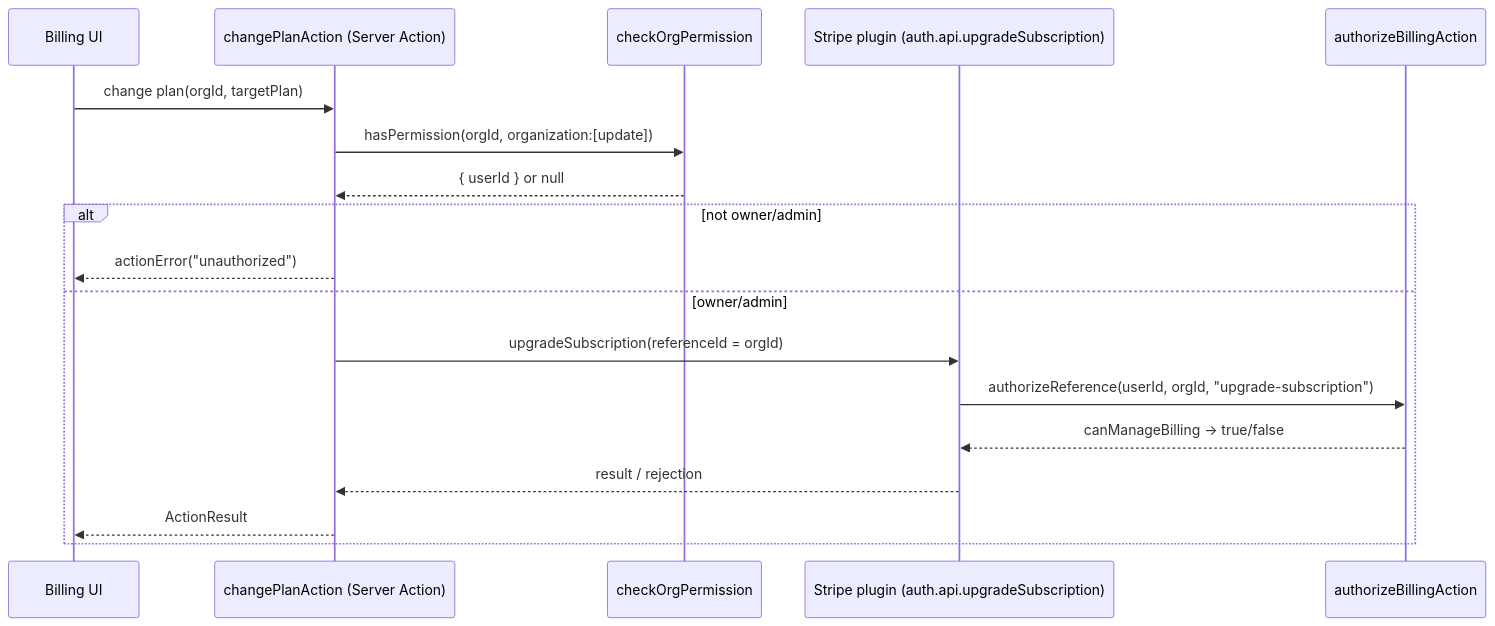
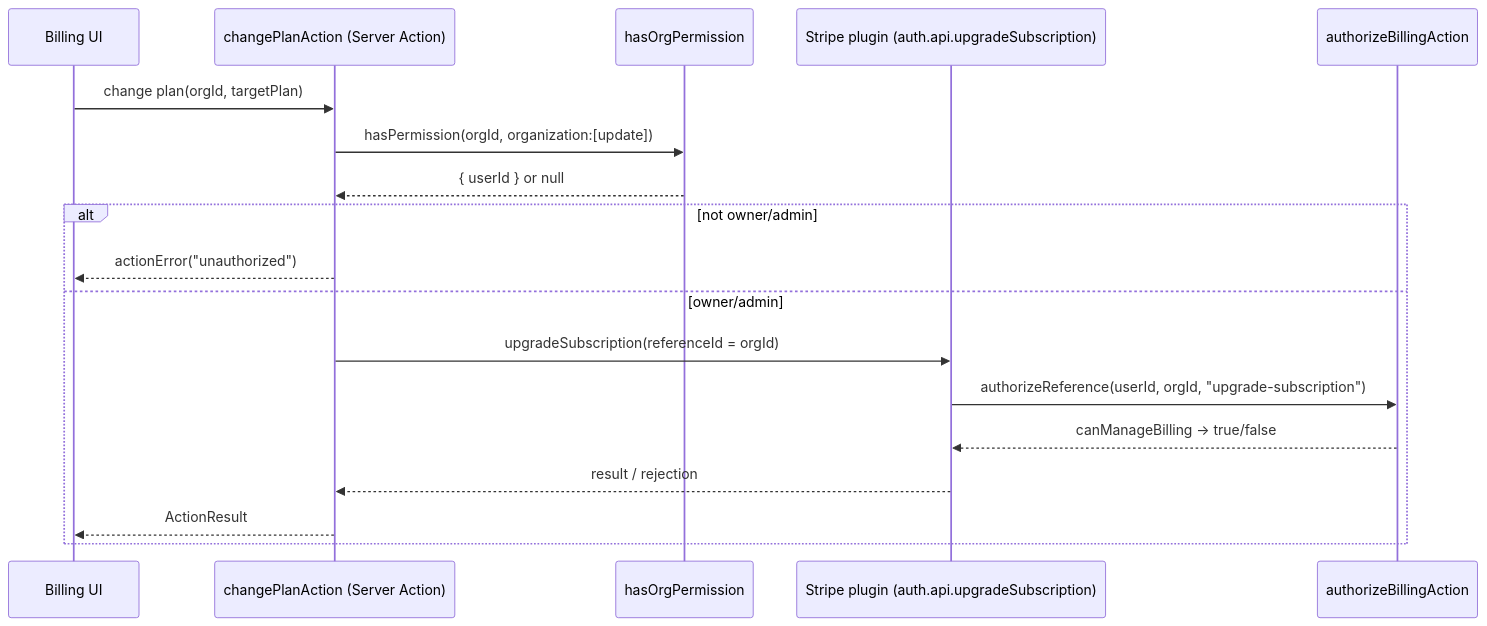
The second of 2 diagrams in apps/docs/content/docs/payment/billing-authorization.mdx (saasprokit-com/saasprokit), drawn with Mermaid before and after one commit. The commit also changed other lines of this file and 18 other files, not shown here.

````diff
--- a/apps/docs/content/docs/payment/billing-authorization.mdx
+++ b/apps/docs/content/docs/payment/billing-authorization.mdx
@@ -116,21 +116,21 @@
 ```mermaid
 sequenceDiagram
     participant C as Billing UI
     participant SA as changePlanAction (Server Action)
-    participant CP as checkOrgPermission
+    participant CP as hasOrgPermission
     participant P as Stripe plugin (auth.api.upgradeSubscription)
     participant AZ as authorizeBillingAction
 
     C->>SA: change plan(orgId, targetPlan)
     SA->>CP: hasPermission(orgId, organization:[update])
     CP-->>SA: { userId } or null
     alt not owner/admin
         SA-->>C: actionError("unauthorized")
     else owner/admin
         SA->>P: upgradeSubscription(referenceId = orgId)
         P->>AZ: authorizeReference(userId, orgId, "upgrade-subscription")
         AZ-->>P: canManageBilling -> true/false
         P-->>SA: result / rejection
         SA-->>C: ActionResult
     end
 ```
````
